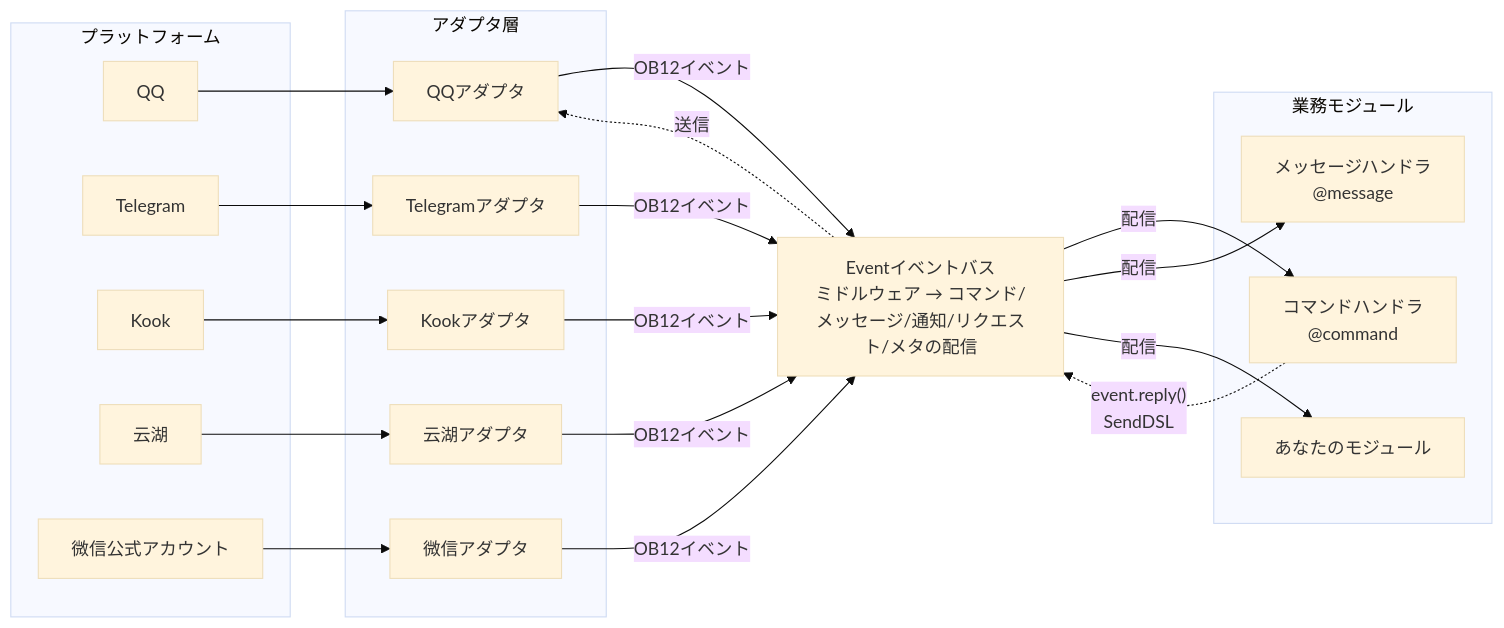
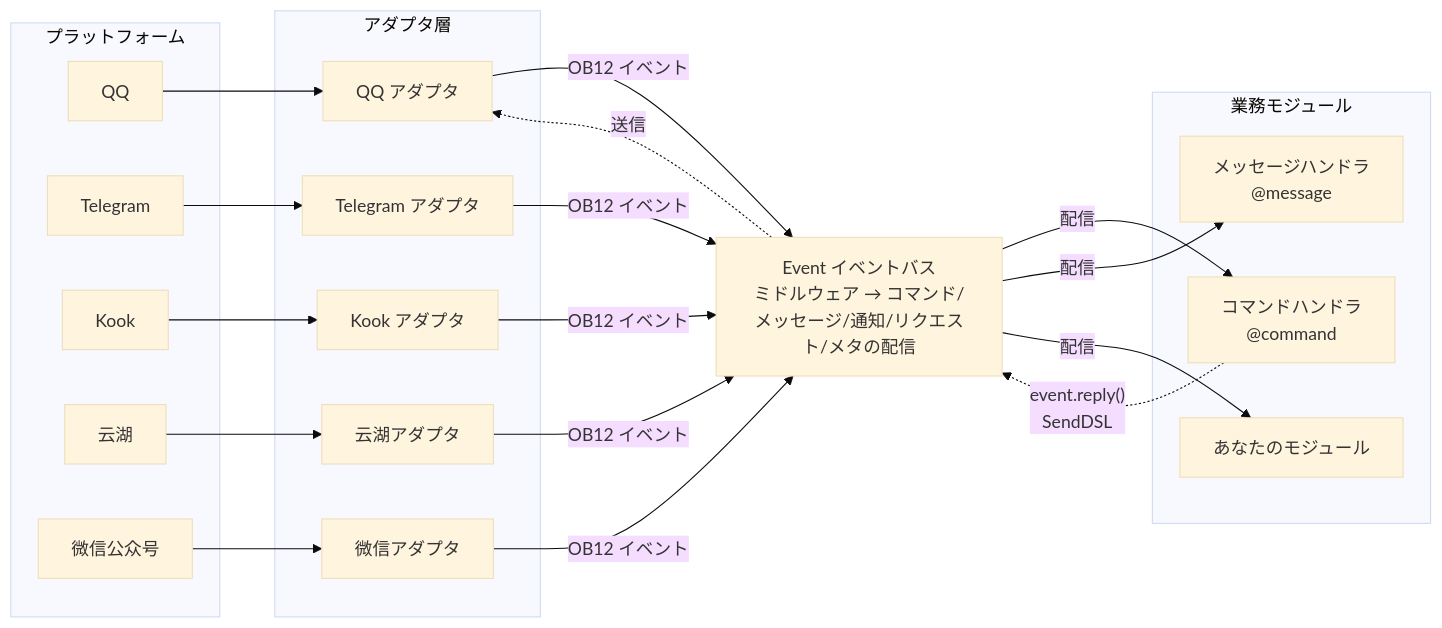
One commit to ErisPulse/ErisPulse changed the first of 2 diagrams in README.ja.md. Above: the diagram before and after it, drawn with Mermaid (base theme). The commit also changed other lines of this file and 31 other files, not shown here.

````diff
--- a/README.ja.md
+++ b/README.ja.md
@@ -112,45 +112,45 @@
 ```mermaid
 graph LR
     subgraph Platforms[プラットフォーム]
         QQ["QQ"]
         TG["Telegram"]
         Kook["Kook"]
         YH["云湖"]
-        WX["微信公式アカウント"]
+        WX["微信公众号"]
     end
 
     subgraph Adapters[アダプタ層]
-        A1["QQアダプタ"]
-        A2["Telegramアダプタ"]
-        A3["Kookアダプタ"]
+        A1["QQ アダプタ"]
+        A2["Telegram アダプタ"]
+        A3["Kook アダプタ"]
         A4["云湖アダプタ"]
         A5["微信アダプタ"]
     end
 
-    Event["Eventイベントバス<br/>ミドルウェア → コマンド/メッセージ/通知/リクエスト/メタの配信"]
+    Event["Event イベントバス<br/>ミドルウェア → コマンド/メッセージ/通知/リクエスト/メタの配信"]
 
     subgraph Modules[業務モジュール]
         M1["コマンドハンドラ<br/>@command"]
         M2["メッセージハンドラ<br/>@message"]
         M3["あなたのモジュール"]
     end
 
     QQ --> A1
     TG --> A2
     Kook --> A3
     YH --> A4
     WX --> A5
 
-    A1 -->|"OB12イベント"| Event
-    A2 -->|"OB12イベント"| Event
-    A3 -->|"OB12イベント"| Event
-    A4 -->|"OB12イベント"| Event
-    A5 -->|"OB12イベント"| Event
+    A1 -->|"OB12 イベント"| Event
+    A2 -->|"OB12 イベント"| Event
+    A3 -->|"OB12 イベント"| Event
+    A4 -->|"OB12 イベント"| Event
+    A5 -->|"OB12 イベント"| Event
 
     Event -->|"配信"| M1
     Event -->|"配信"| M2
     Event -->|"配信"| M3
 
     M1 -.->|"event.reply()<br/>SendDSL"| Event
     Event -.->|"送信"| A1
 ```
````
